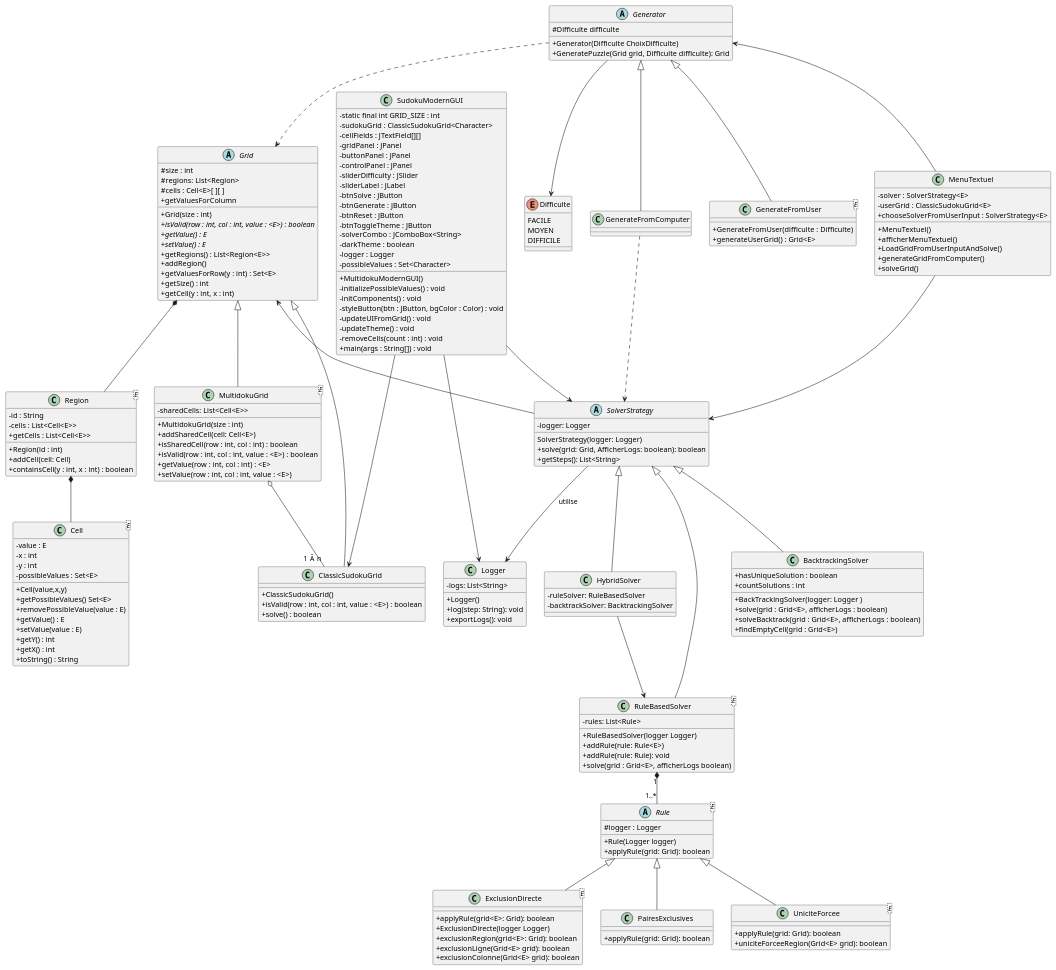
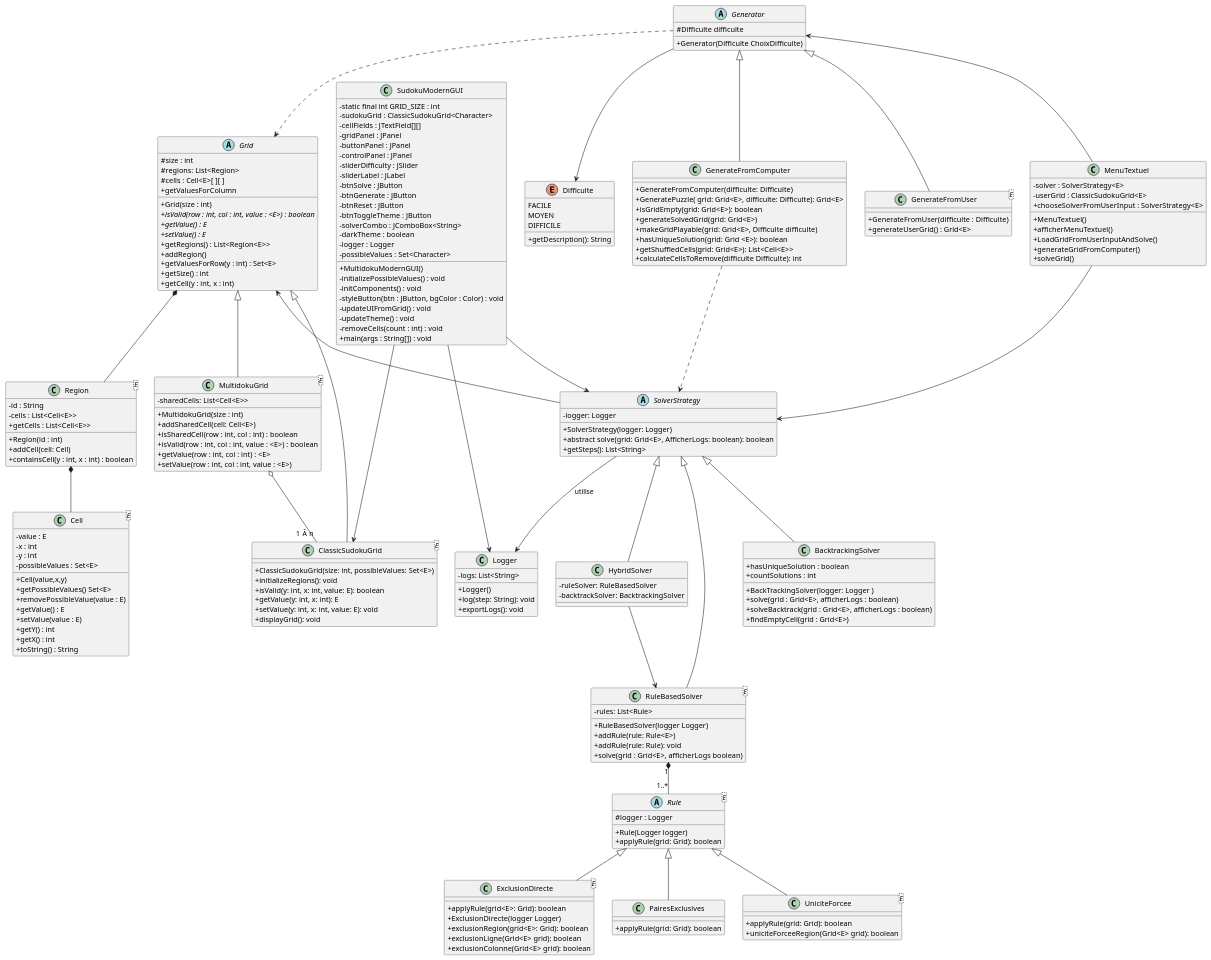
Before and after one commit to PolytechLyon/SudokuAPO: the diagram in ClassDiagram.puml, drawn with PlantUML. The commit also changed 1 other file, not shown here.

Commit message:
diagramme classe

```diff
--- a/ClassDiagram.puml
+++ b/ClassDiagram.puml
@@ -42,10 +42,13 @@
     +toString() : String
 }
 
-class ClassicSudokuGrid{
-    + ClassicSudokuGrid()
-    + isValid(row : int, col : int, value : <E>) : boolean
-    + solve() : boolean
+class ClassicSudokuGrid<E> {
+    + ClassicSudokuGrid(size: int, possibleValues: Set<E>)
+    + initializeRegions(): void
+    + isValid(y: int, x: int, value: E): boolean
+    + getValue(y: int, x: int): E
+    + setValue(y: int, x: int, value: E): void
+    + displayGrid(): void
 }
 
 class MultidokuGrid<E>{
@@ -82,6 +85,7 @@
     FACILE
     MOYEN
     DIFFICILE
+    + getDescription(): String
 }
 
 Generator --> Difficulte
@@ -89,11 +93,19 @@
 Abstract class Generator {
     # Difficulte difficulte
     + Generator(Difficulte ChoixDifficulte)
-    + GeneratePuzzle(Grid grid, Difficulte difficulte): Grid
+
 }
 Generator ..> Grid
 
 class GenerateFromComputer extends Generator{
+    + GenerateFromComputer(difficulte: Difficulte)
+    + GeneratePuzzle( grid: Grid<E>, difficulte: Difficulte): Grid<E>
+    + isGridEmpty(grid: Grid<E>): boolean
+    + generateSolvedGrid(grid: Grid<E>)
+    + makeGridPlayable(grid: Grid<E>, Difficulte difficulte)
+    + hasUniqueSolution(grid: Grid <E>): boolean
+    + getShuffledCells(grid: Grid<E>): List<Cell<E>>
+    + calculateCellsToRemove(difficulte Difficulte): int
 }
 
 class GenerateFromUser<E> extends Generator<E>{
@@ -147,8 +159,8 @@
 
 abstract class SolverStrategy {
     - logger: Logger
-    SolverStrategy(logger: Logger)
-    + solve(grid: Grid, AfficherLogs: boolean): boolean
+    + SolverStrategy(logger: Logger)
+    + abstract solve(grid: Grid<E>, AfficherLogs: boolean): boolean
     + getSteps(): List<String>
 }
 
```
